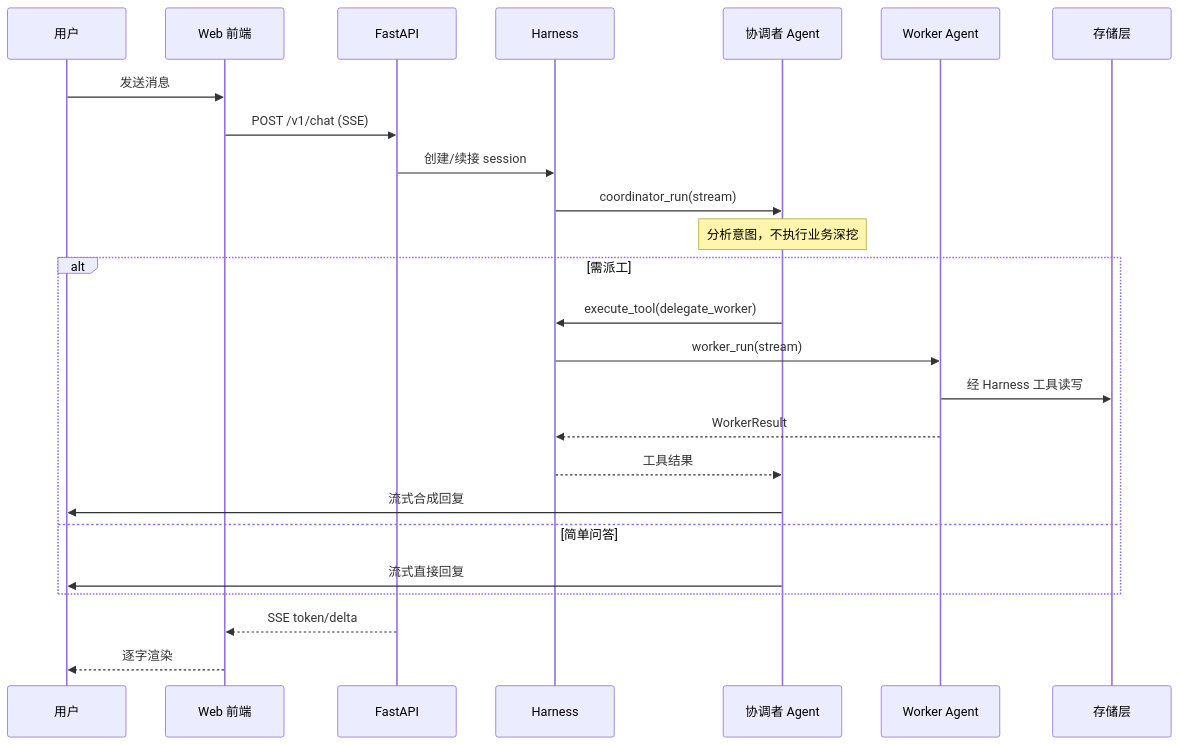
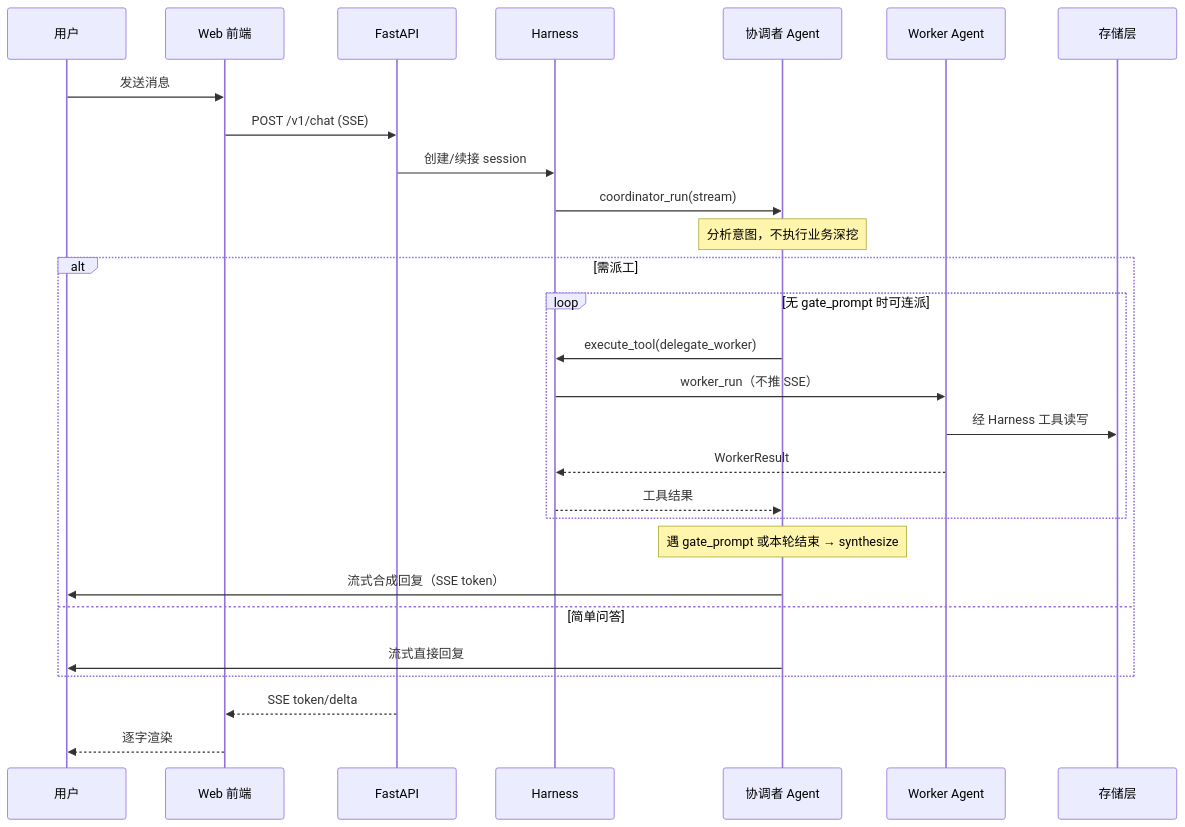
Before and after one commit to CatNum/AI-Optimized-Resume-V2: the second of 2 diagrams in docs/architecture/00-架构总览.md, drawn with Mermaid. The commit also changed other lines of this file and 13 other files, not shown here.

First line of the commit message:
docs(architecture): 落地架构讨论结论与实施/eval 规范

````diff
--- a/docs/architecture/00-架构总览.md
+++ b/docs/architecture/00-架构总览.md
@@ -53,28 +53,31 @@
 ```mermaid
 sequenceDiagram
   participant U as 用户
   participant Web as Web 前端
   participant API as FastAPI
   participant H as Harness
   participant C as 协调者 Agent
   participant W as Worker Agent
   participant Store as 存储层
 
   U->>Web: 发送消息
   Web->>API: POST /v1/chat (SSE)
   API->>H: 创建/续接 session
   H->>C: coordinator_run(stream)
   Note over C: 分析意图，不执行业务深挖
   alt 需派工
-    C->>H: execute_tool(delegate_worker)
-    H->>W: worker_run(stream)
-    W->>Store: 经 Harness 工具读写
-    W-->>H: WorkerResult
-    H-->>C: 工具结果
-    C->>U: 流式合成回复
+    loop 无 gate_prompt 时可连派
+      C->>H: execute_tool(delegate_worker)
+      H->>W: worker_run（不推 SSE）
+      W->>Store: 经 Harness 工具读写
+      W-->>H: WorkerResult
+      H-->>C: 工具结果
+    end
+    Note over C: 遇 gate_prompt 或本轮结束 → synthesize
+    C->>U: 流式合成回复（SSE token）
   else 简单问答
     C->>U: 流式直接回复
   end
   API-->>Web: SSE token/delta
   Web-->>U: 逐字渲染
 ```
````
